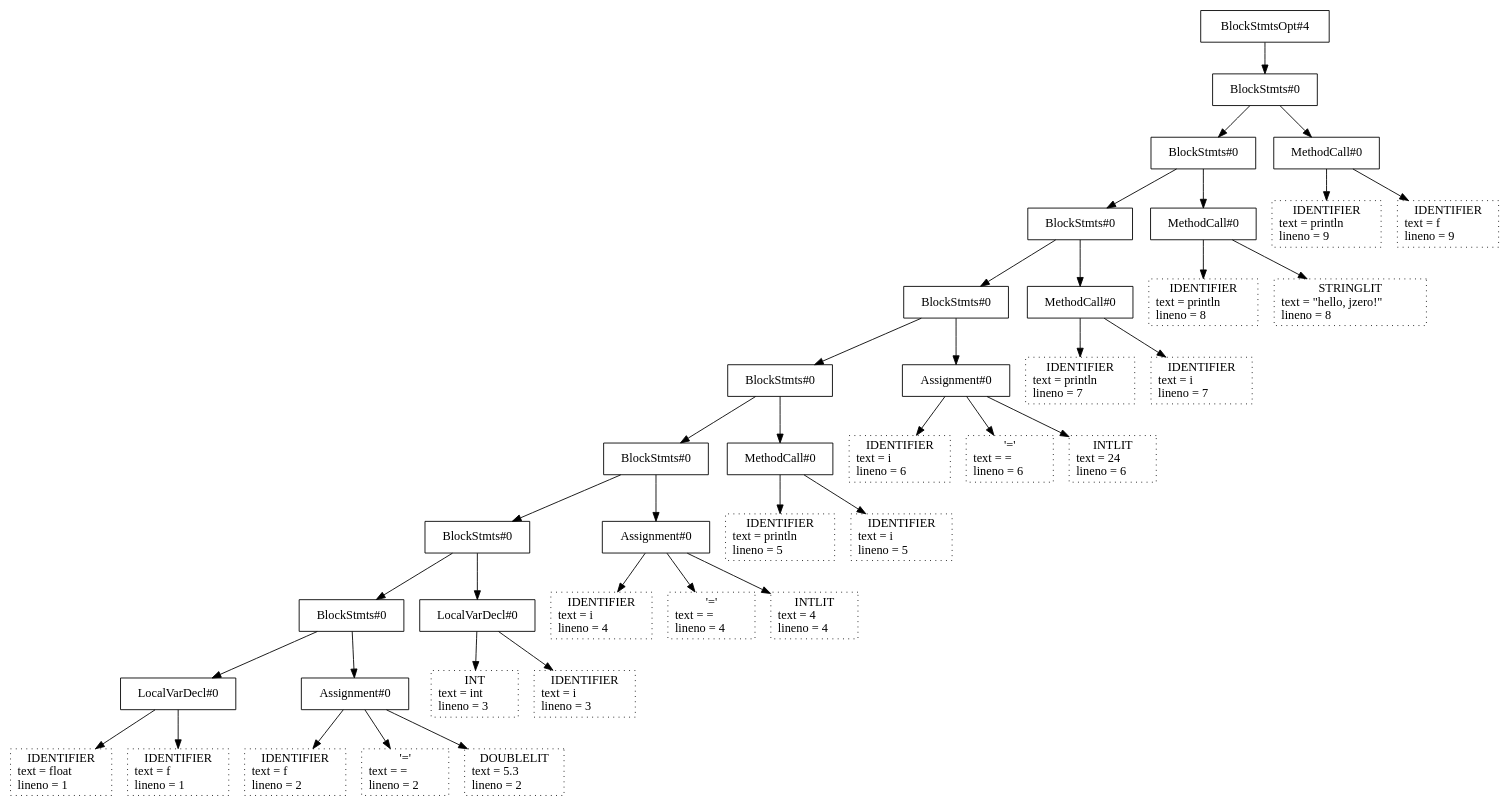
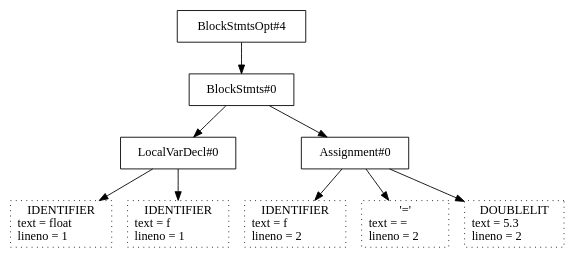
Before and after one commit to vankad24/aqua_lang_interpreter: the diagram in texts/first.aqua.dot, drawn with Graphviz. The commit also changed 11 other files, not shown here.

```diff
--- a/texts/first.aqua.dot
+++ b/texts/first.aqua.dot
@@ -1,100 +1,24 @@
 digraph {
-N94 [shape=box label="BlockStmtsOpt#4"];
-N94 -> N93;
-N93 [shape=box label="BlockStmts#0"];
-N93 -> N81;
-N81 [shape=box label="BlockStmts#0"];
-N81 -> N69;
-N69 [shape=box label="BlockStmts#0"];
-N69 -> N57;
-N57 [shape=box label="BlockStmts#0"];
-N57 -> N47;
-N47 [shape=box label="BlockStmts#0"];
-N47 -> N35;
-N35 [shape=box label="BlockStmts#0"];
-N35 -> N25;
-N25 [shape=box label="BlockStmts#0"];
-N25 -> N17;
+N18 [shape=box label="BlockStmtsOpt#4"];
+N18 -> N17;
 N17 [shape=box label="BlockStmts#0"];
 N17 -> N7;
 N7 [shape=box label="LocalVarDecl#0"];
 N7 -> N2;
 N2 [shape=box label="float:266struct token* leaf 1"];
 N2 [shape=box style=dotted label=" IDENTIFIER \n text = float \l lineno = 1 \l"];
 N7 -> N4;
 N4 [shape=box label="f:266struct token* leaf 3"];
 N4 [shape=box style=dotted label=" IDENTIFIER \n text = f \l lineno = 1 \l"];
 N17 -> N16;
 N16 [shape=box label="Assignment#0"];
 N16 -> N9;
 N9 [shape=box label="f:266struct token* leaf 8"];
 N9 [shape=box style=dotted label=" IDENTIFIER \n text = f \l lineno = 2 \l"];
 N16 -> N11;
 N11 [shape=box label="=:61struct token* leaf 10"];
 N11 [shape=box style=dotted label=" '=' \n text = = \l lineno = 2 \l"];
 N16 -> N13;
 N13 [shape=box label="5.3:272struct token* leaf 12"];
 N13 [shape=box style=dotted label=" DOUBLELIT \n text = 5.3 \l lineno = 2 \l"];
-N25 -> N24;
-N24 [shape=box label="LocalVarDecl#0"];
-N24 -> N19;
-N19 [shape=box label="int:262struct token* leaf 18"];
-N19 [shape=box style=dotted label=" INT \n text = int \l lineno = 3 \l"];
-N24 -> N21;
-N21 [shape=box label="i:266struct token* leaf 20"];
-N21 [shape=box style=dotted label=" IDENTIFIER \n text = i \l lineno = 3 \l"];
-N35 -> N34;
-N34 [shape=box label="Assignment#0"];
-N34 -> N27;
-N27 [shape=box label="i:266struct token* leaf 26"];
-N27 [shape=box style=dotted label=" IDENTIFIER \n text = i \l lineno = 4 \l"];
-N34 -> N29;
-N29 [shape=box label="=:61struct token* leaf 28"];
-N29 [shape=box style=dotted label=" '=' \n text = = \l lineno = 4 \l"];
-N34 -> N31;
-N31 [shape=box label="4:271struct token* leaf 30"];
-N31 [shape=box style=dotted label=" INTLIT \n text = 4 \l lineno = 4 \l"];
-N47 -> N44;
-N44 [shape=box label="MethodCall#0"];
-N44 -> N37;
-N37 [shape=box label="println:266struct token* leaf 36"];
-N37 [shape=box style=dotted label=" IDENTIFIER \n text = println \l lineno = 5 \l"];
-N44 -> N41;
-N41 [shape=box label="i:266struct token* leaf 40"];
-N41 [shape=box style=dotted label=" IDENTIFIER \n text = i \l lineno = 5 \l"];
-N57 -> N56;
-N56 [shape=box label="Assignment#0"];
-N56 -> N49;
-N49 [shape=box label="i:266struct token* leaf 48"];
-N49 [shape=box style=dotted label=" IDENTIFIER \n text = i \l lineno = 6 \l"];
-N56 -> N51;
-N51 [shape=box label="=:61struct token* leaf 50"];
-N51 [shape=box style=dotted label=" '=' \n text = = \l lineno = 6 \l"];
-N56 -> N53;
-N53 [shape=box label="24:271struct token* leaf 52"];
-N53 [shape=box style=dotted label=" INTLIT \n text = 24 \l lineno = 6 \l"];
-N69 -> N66;
-N66 [shape=box label="MethodCall#0"];
-N66 -> N59;
-N59 [shape=box label="println:266struct token* leaf 58"];
-N59 [shape=box style=dotted label=" IDENTIFIER \n text = println \l lineno = 7 \l"];
-N66 -> N63;
-N63 [shape=box label="i:266struct token* leaf 62"];
-N63 [shape=box style=dotted label=" IDENTIFIER \n text = i \l lineno = 7 \l"];
-N81 -> N78;
-N78 [shape=box label="MethodCall#0"];
-N78 -> N71;
-N71 [shape=box label="println:266struct token* leaf 70"];
-N71 [shape=box style=dotted label=" IDENTIFIER \n text = println \l lineno = 8 \l"];
-N78 -> N75;
-N75 [shape=box label="\"hello, jzero!\":273struct token* leaf 74"];
-N75 [shape=box style=dotted label=" STRINGLIT \n text = \"hello, jzero!\" \l lineno = 8 \l"];
-N93 -> N90;
-N90 [shape=box label="MethodCall#0"];
-N90 -> N83;
-N83 [shape=box label="println:266struct token* leaf 82"];
-N83 [shape=box style=dotted label=" IDENTIFIER \n text = println \l lineno = 9 \l"];
-N90 -> N87;
-N87 [shape=box label="f:266struct token* leaf 86"];
-N87 [shape=box style=dotted label=" IDENTIFIER \n text = f \l lineno = 9 \l"];
 }
```
